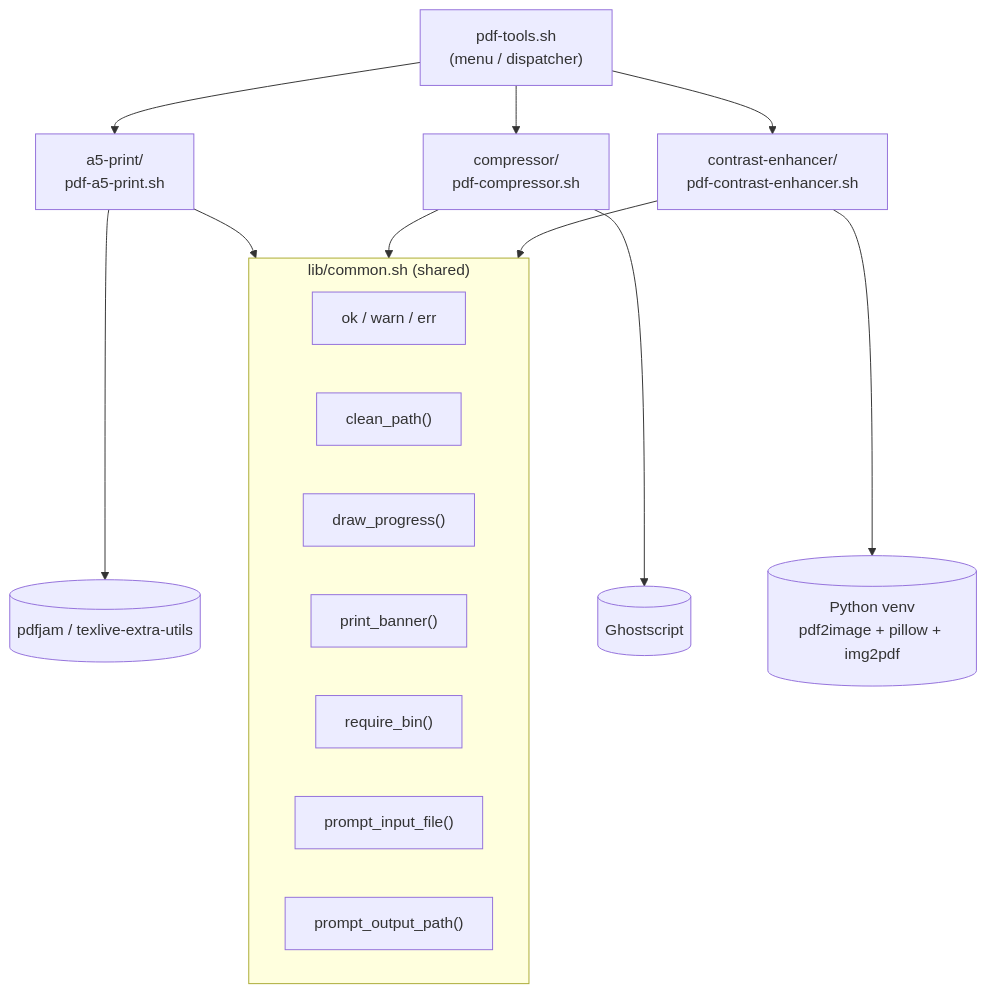
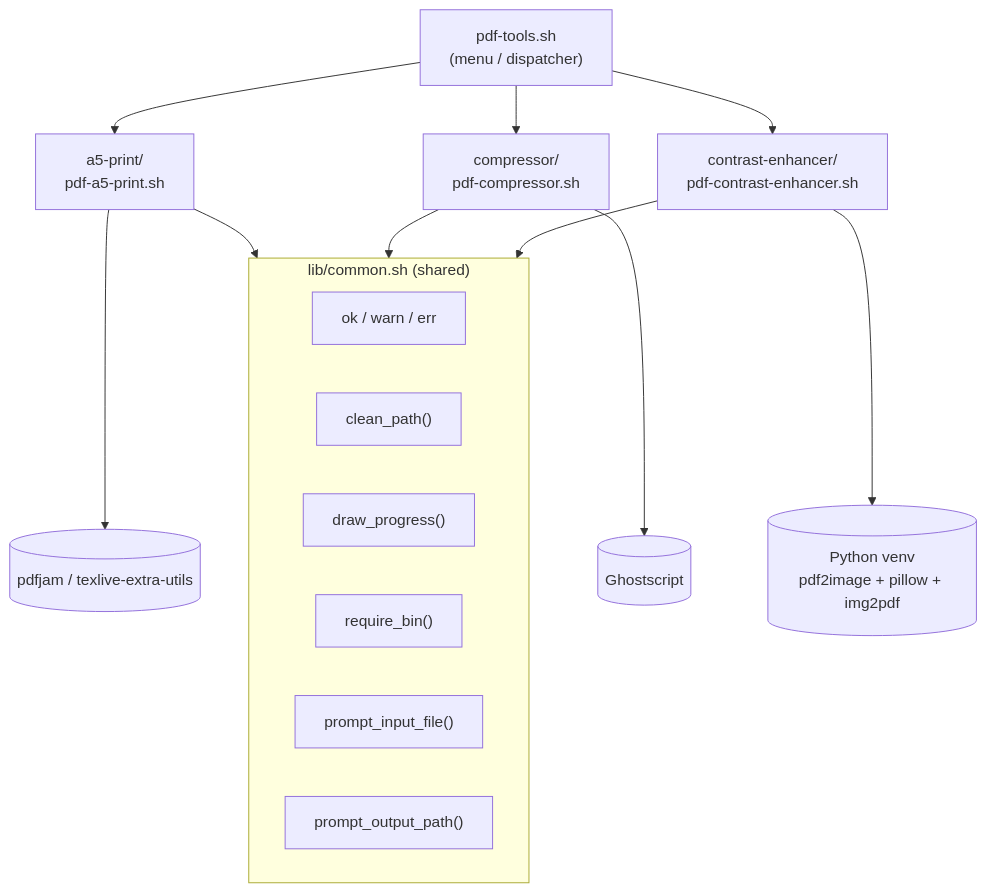
Before and after one commit to oleksiisedun/pdf-tools: the diagram in README.md, drawn with Mermaid. The commit also changed 5 other files, not shown here.

````diff
--- a/README.md
+++ b/README.md
@@ -24,26 +24,25 @@
 ```mermaid
 graph TD
   Menu["pdf-tools.sh\n(menu / dispatcher)"]
 
   subgraph Lib["lib/common.sh (shared)"]
     Log["ok / warn / err"]
     Clean["clean_path()"]
     Progress["draw_progress()"]
-    Banner["print_banner()"]
     ReqBin["require_bin()"]
     PromptIn["prompt_input_file()"]
     PromptOut["prompt_output_path()"]
   end
 
   Menu --> A5["a5-print/\npdf-a5-print.sh"]
   Menu --> Compressor["compressor/\npdf-compressor.sh"]
   Menu --> Contrast["contrast-enhancer/\npdf-contrast-enhancer.sh"]
 
   A5 --> Lib
   Compressor --> Lib
   Contrast --> Lib
 
   A5 --> Pdfjam[("pdfjam / texlive-extra-utils")]
   Compressor --> Ghostscript[("Ghostscript")]
   Contrast --> Venv[("Python venv\npdf2image + pillow + img2pdf")]
 ```
````
